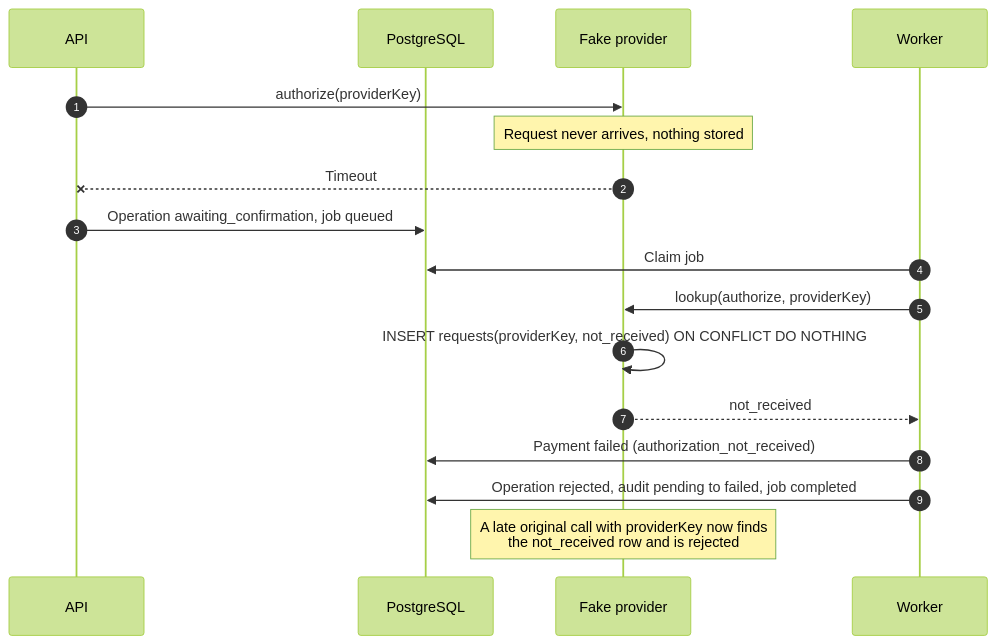
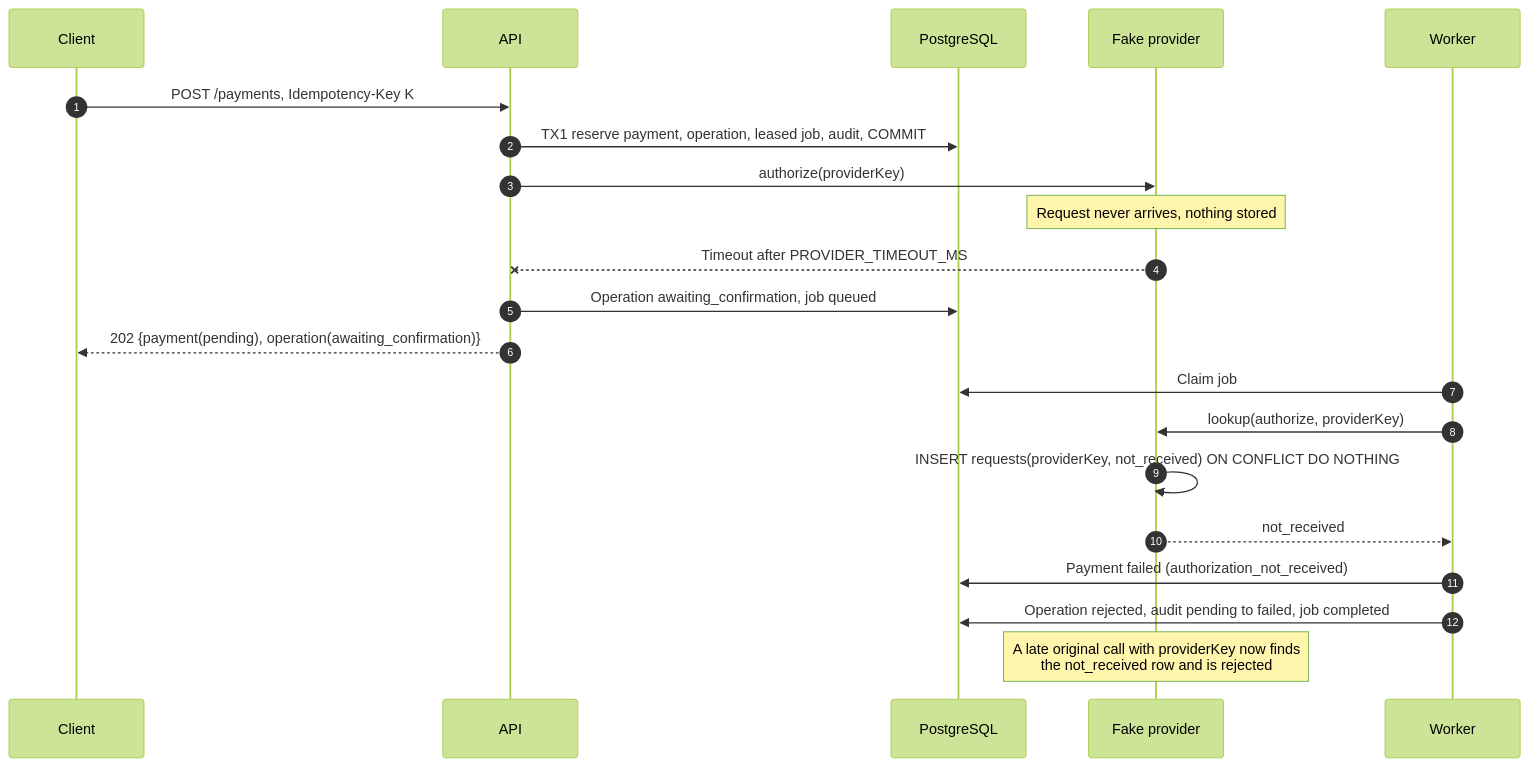
The sixth of 12 diagrams in project_spec.md (intimanjunath/Merchant-payment-processing-platform), drawn with Mermaid (forest theme) before and after one commit. The commit also changed other lines of this file and 1 other file, not shown here.

````diff
--- a/project_spec.md
+++ b/project_spec.md
@@ -183,19 +213,23 @@
 ```mermaid
 sequenceDiagram
     autonumber
+    participant C as Client
     participant A as API
     participant DB as PostgreSQL
     participant P as Fake provider
     participant W as Worker
+    C->>A: POST /payments, Idempotency-Key K
+    A->>DB: TX1 reserve payment, operation, leased job, audit, COMMIT
     A->>P: authorize(providerKey)
     Note over P: Request never arrives, nothing stored
-    P--xA: Timeout
+    P--xA: Timeout after PROVIDER_TIMEOUT_MS
     A->>DB: Operation awaiting_confirmation, job queued
+    A-->>C: 202 {payment(pending), operation(awaiting_confirmation)}
     W->>DB: Claim job
     W->>P: lookup(authorize, providerKey)
     P->>P: INSERT requests(providerKey, not_received) ON CONFLICT DO NOTHING
     P-->>W: not_received
     W->>DB: Payment failed (authorization_not_received)
     W->>DB: Operation rejected, audit pending to failed, job completed
     Note over P: A late original call with providerKey now finds<br/>the not_received row and is rejected
 ```
````
